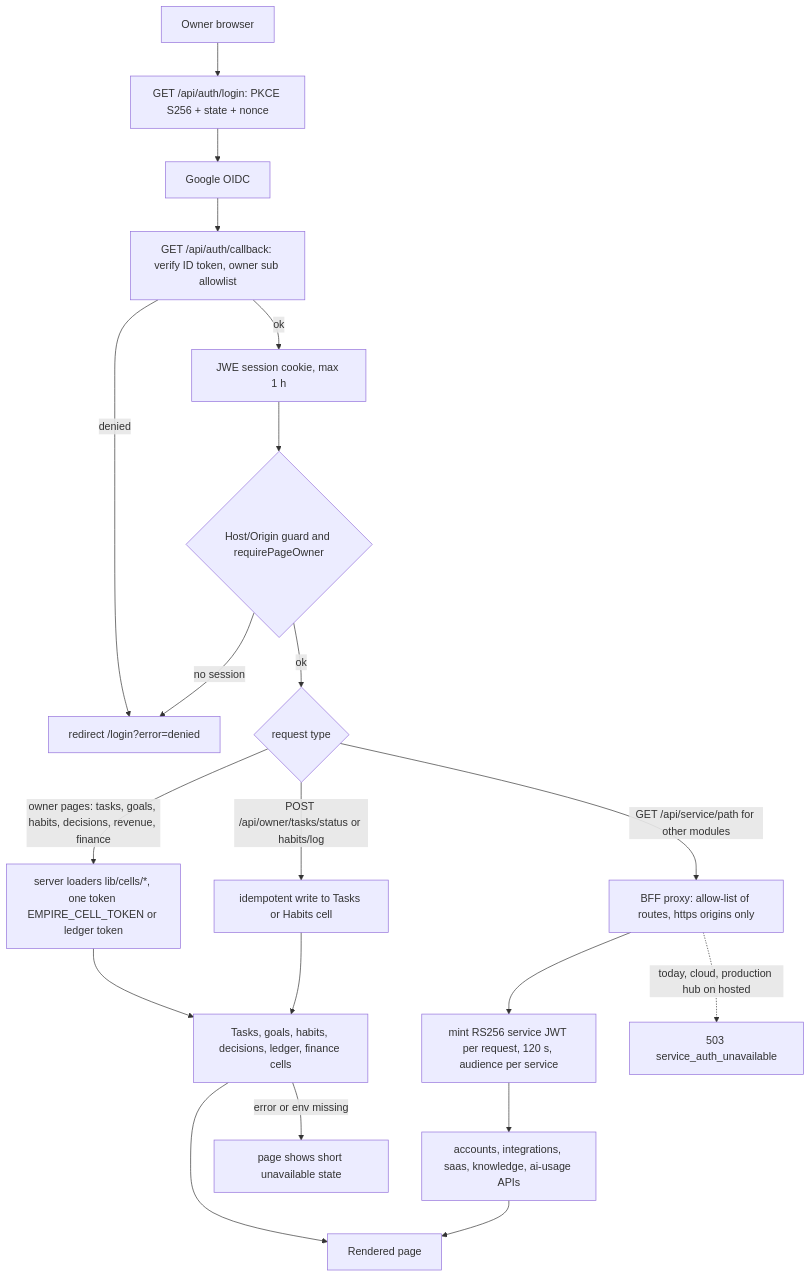
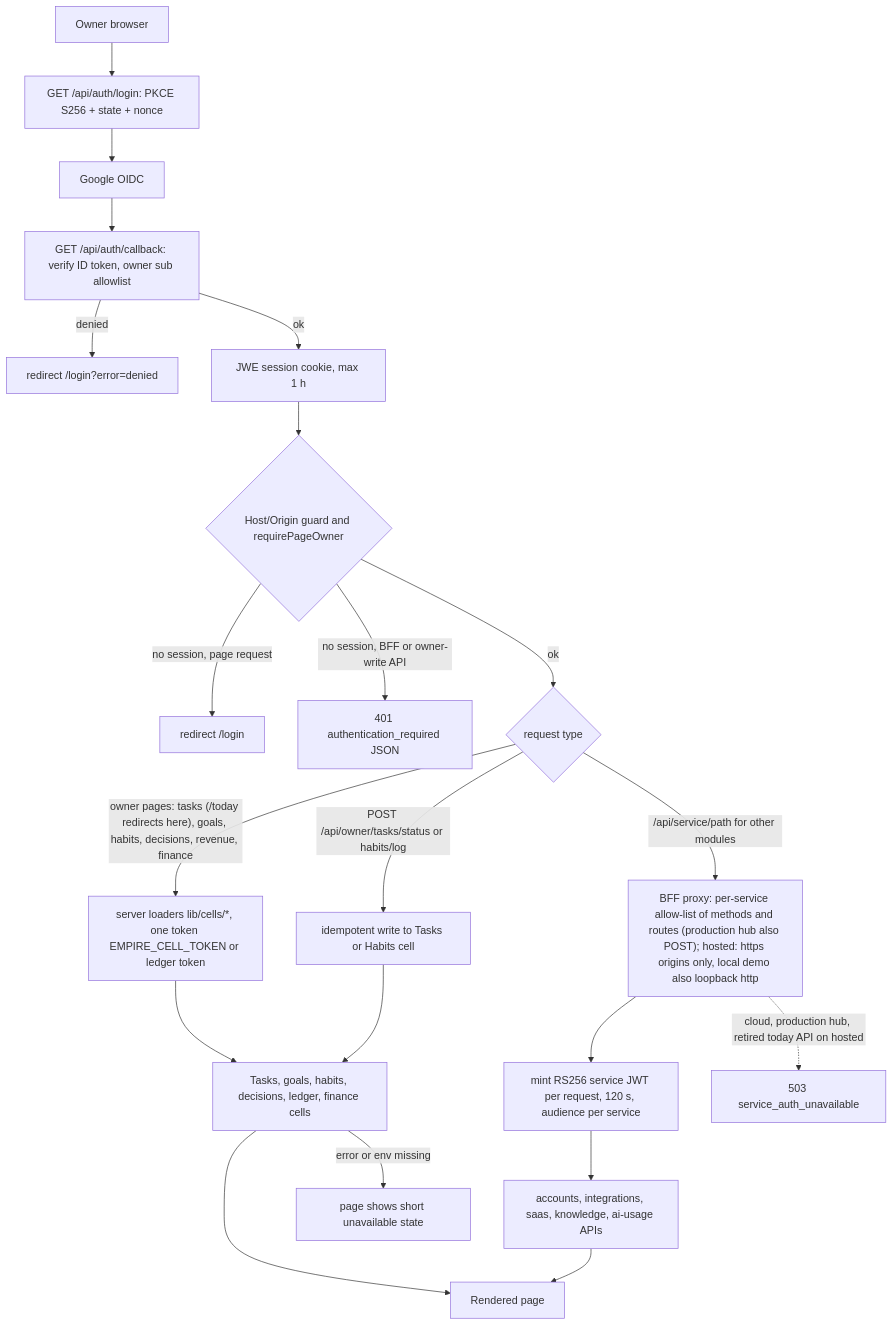
The first of 2 diagrams in docs/diagrams/01-business-process.md (bookchaowalit/life-dashboard-web), drawn with Mermaid before and after one commit. The commit also changed other lines of this file, not shown here.

````diff
--- a/docs/diagrams/01-business-process.md
+++ b/docs/diagrams/01-business-process.md
@@ -9,22 +9,23 @@
 ```mermaid
 flowchart TD
   OWNER["Owner browser"] --> LOGIN["GET /api/auth/login: PKCE S256 + state + nonce"]
   LOGIN --> IDP["Google OIDC"]
   IDP --> CB["GET /api/auth/callback: verify ID token, owner sub allowlist"]
   CB -->|denied| LOGINPAGE["redirect /login?error=denied"]
   CB -->|ok| SESSION["JWE session cookie, max 1 h"]
   SESSION --> GUARD{"Host/Origin guard and requirePageOwner"}
-  GUARD -->|no session| LOGINPAGE
+  GUARD -->|"no session, page request"| LOGINPAGE2["redirect /login"]
+  GUARD -->|"no session, BFF or owner-write API"| API401["401 authentication_required JSON"]
   GUARD -->|ok| ROUTE{"request type"}
-  ROUTE -->|"owner pages: tasks, goals, habits, decisions, revenue, finance"| LOADERS["server loaders lib/cells/*, one token EMPIRE_CELL_TOKEN or ledger token"]
-  ROUTE -->|"GET /api/service/path for other modules"| PROXY["BFF proxy: allow-list of routes, https origins only"]
+  ROUTE -->|"owner pages: tasks (/today redirects here), goals, habits, decisions, revenue, finance"| LOADERS["server loaders lib/cells/*, one token EMPIRE_CELL_TOKEN or ledger token"]
+  ROUTE -->|"/api/service/path for other modules"| PROXY["BFF proxy: per-service allow-list of methods and routes (production hub also POST); hosted: https origins only, local demo also loopback http"]
   ROUTE -->|"POST /api/owner/tasks/status or habits/log"| WRITE["idempotent write to Tasks or Habits cell"]
   LOADERS --> CELLS["Tasks, goals, habits, decisions, ledger, finance cells"]
   WRITE --> CELLS
   PROXY --> SVCJWT["mint RS256 service JWT per request, 120 s, audience per service"]
   SVCJWT --> META["accounts, integrations, saas, knowledge, ai-usage APIs"]
-  PROXY -.->|"today, cloud, production hub on hosted"| UNAVAIL["503 service_auth_unavailable"]
+  PROXY -.->|"cloud, production hub, retired today API on hosted"| UNAVAIL["503 service_auth_unavailable"]
   CELLS -->|"error or env missing"| STATE["page shows short unavailable state"]
   CELLS --> PAGE["Rendered page"]
   META --> PAGE
 ```
````
